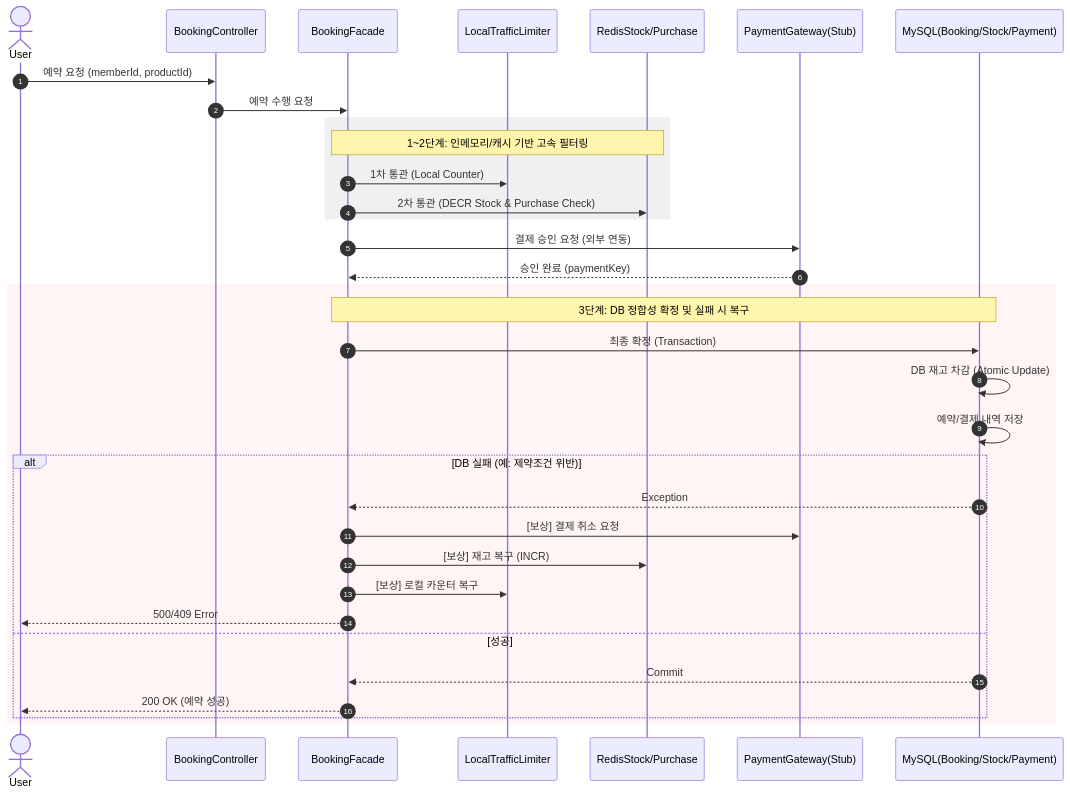
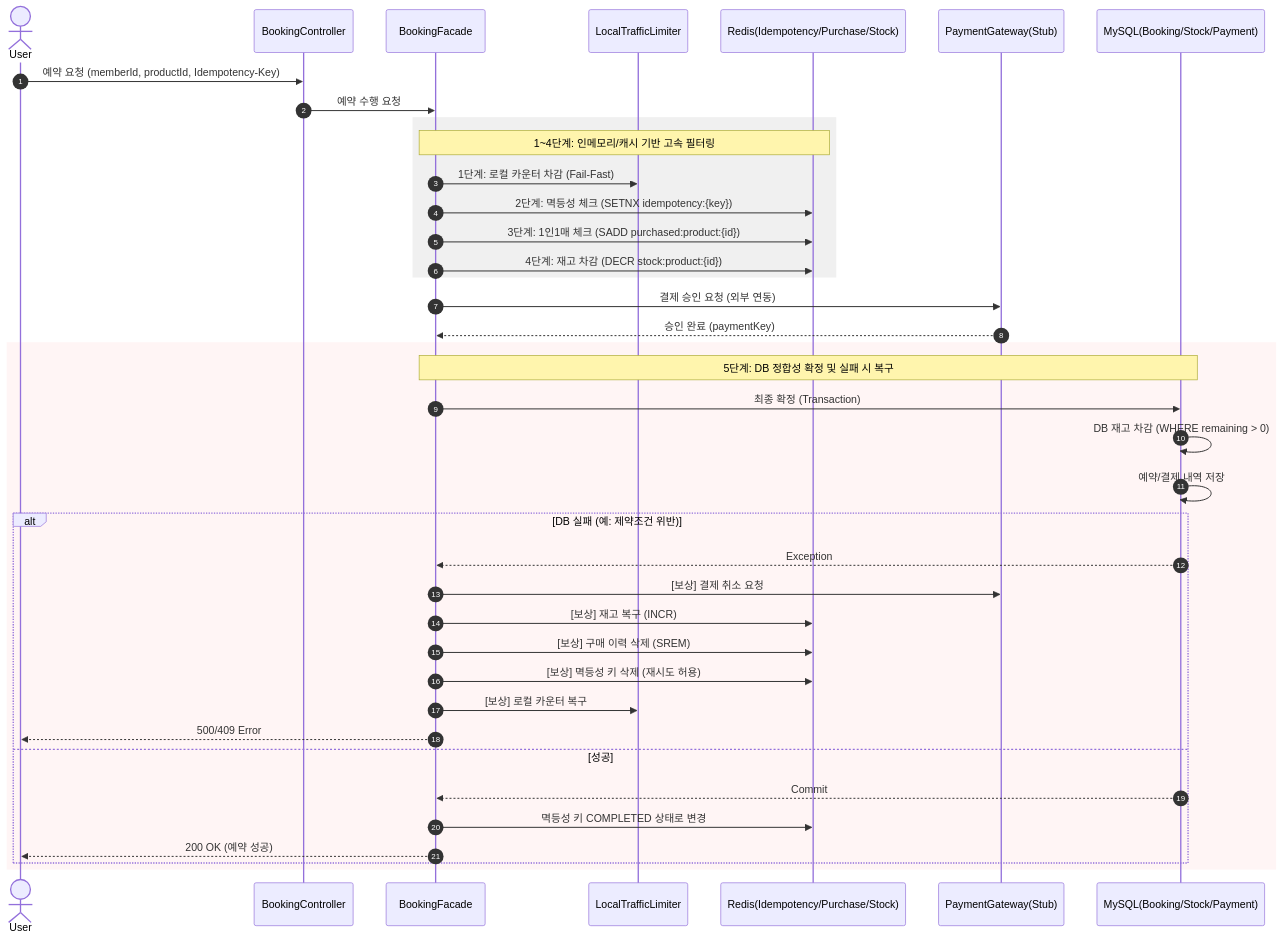
One commit to dPwls0125/flashsale-booking-system changed the first of 2 diagrams in README.md. Above: the diagram before and after it, drawn with Mermaid. The commit also changed other lines of this file and 1 other file, not shown here.

````diff
--- a/README.md
+++ b/README.md
@@ -22,41 +22,46 @@
 ```mermaid
 sequenceDiagram
     autonumber
     actor User
     participant Controller as BookingController
     participant Facade as BookingFacade
     participant Local as LocalTrafficLimiter
-    participant Redis as RedisStock/Purchase
+    participant Redis as Redis(Idempotency/Purchase/Stock)
     participant PG as PaymentGateway(Stub)
     participant DB as MySQL(Booking/Stock/Payment)
 
-    User->>Controller: 예약 요청 (memberId, productId)
+    User->>Controller: 예약 요청 (memberId, productId, Idempotency-Key)
     Controller->>Facade: 예약 수행 요청
     
     rect rgb(240, 240, 240)
-    Note over Facade, Redis: 1~2단계: 인메모리/캐시 기반 고속 필터링
-    Facade->>Local: 1차 통관 (Local Counter)
-    Facade->>Redis: 2차 통관 (DECR Stock & Purchase Check)
+    Note over Facade, Redis: 1~4단계: 인메모리/캐시 기반 고속 필터링
+    Facade->>Local: 1단계: 로컬 카운터 차감 (Fail-Fast)
+    Facade->>Redis: 2단계: 멱등성 체크 (SETNX idempotency:{key})
+    Facade->>Redis: 3단계: 1인1매 체크 (SADD purchased:product:{id})
+    Facade->>Redis: 4단계: 재고 차감 (DECR stock:product:{id})
     end
 
     Facade->>PG: 결제 승인 요청 (외부 연동)
     PG-->>Facade: 승인 완료 (paymentKey)
 
     rect rgb(255, 245, 245)
-    Note over Facade, DB: 3단계: DB 정합성 확정 및 실패 시 복구
+    Note over Facade, DB: 5단계: DB 정합성 확정 및 실패 시 복구
     Facade->>DB: 최종 확정 (Transaction)
-    DB->>DB: DB 재고 차감 (Atomic Update)
+    DB->>DB: DB 재고 차감 (WHERE remaining > 0)
     DB->>DB: 예약/결제 내역 저장
     
     alt DB 실패 (예: 제약조건 위반)
         DB-->>Facade: Exception
         Facade->>PG: [보상] 결제 취소 요청
         Facade->>Redis: [보상] 재고 복구 (INCR)
+        Facade->>Redis: [보상] 구매 이력 삭제 (SREM)
+        Facade->>Redis: [보상] 멱등성 키 삭제 (재시도 허용)
         Facade->>Local: [보상] 로컬 카운터 복구
         Facade-->>User: 500/409 Error
     else 성공
         DB-->>Facade: Commit
+        Facade->>Redis: 멱등성 키 COMPLETED 상태로 변경
         Facade-->>User: 200 OK (예약 성공)
     end
     end
 ```
````
